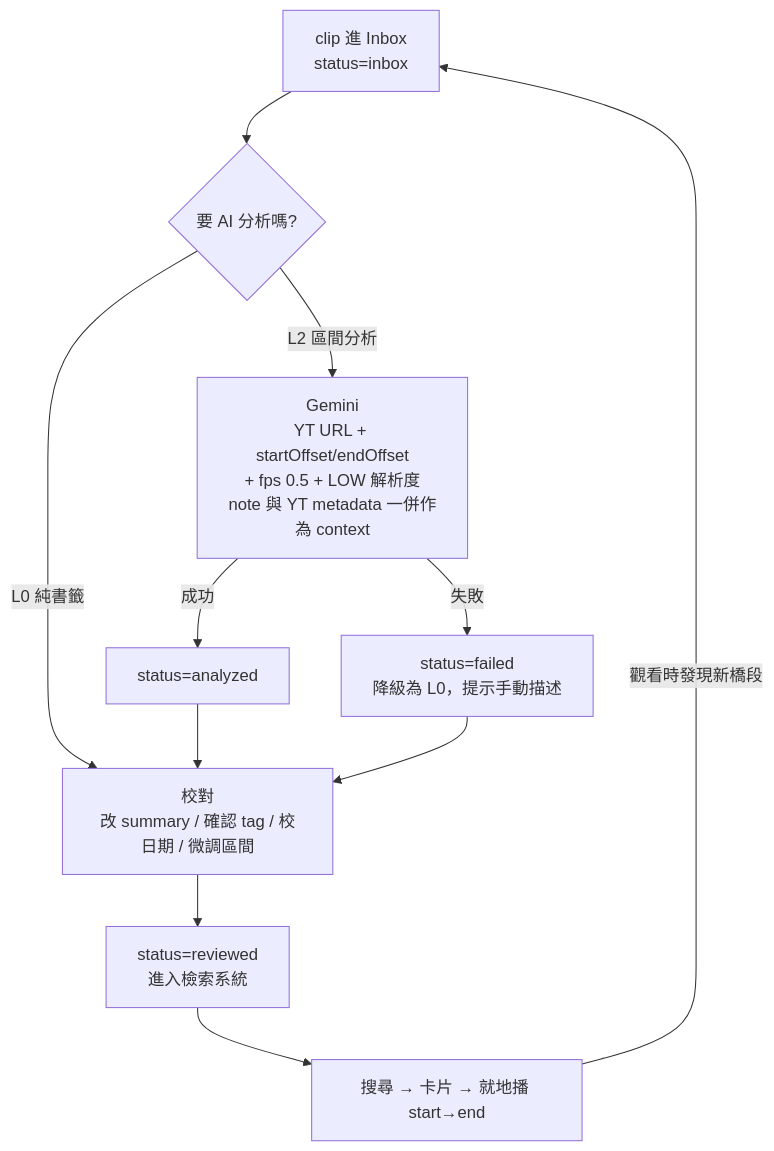
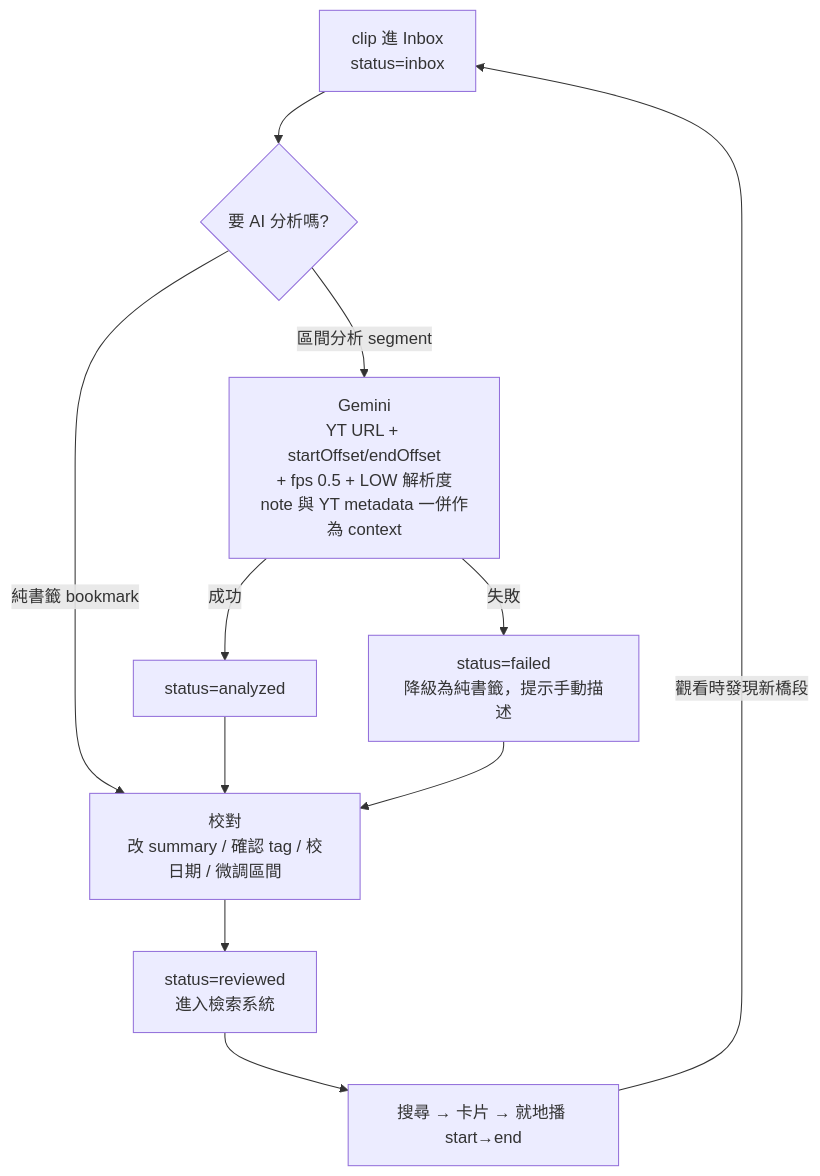
One commit to ScottChayaa/yt-space changed the third of 3 diagrams in docs/superpowers/specs/2026-08-07-yt-space-clip-design.md. Above: the diagram before and after it, drawn with Mermaid. The commit also changed other lines of this file and 4 other files, not shown here.

First line of the commit message:
refactor: 縮圖改存單格並釐清分析模式命名

````diff
--- a/docs/superpowers/specs/2026-08-07-yt-space-clip-design.md
+++ b/docs/superpowers/specs/2026-08-07-yt-space-clip-design.md
@@ -354,13 +355,13 @@
 ```mermaid
 flowchart TD
     IN["clip 進 Inbox<br/>status=inbox"] --> Q{要 AI 分析嗎?}
-    Q -->|"L0 純書籤"| REV
-    Q -->|"L2 區間分析"| G["Gemini<br/>YT URL + startOffset/endOffset<br/>+ fps 0.5 + LOW 解析度<br/>note 與 YT metadata 一併作為 context"]
+    Q -->|"純書籤 bookmark"| REV
+    Q -->|"區間分析 segment"| G["Gemini<br/>YT URL + startOffset/endOffset<br/>+ fps 0.5 + LOW 解析度<br/>note 與 YT metadata 一併作為 context"]
     G -->|成功| AN["status=analyzed"]
-    G -->|失敗| F["status=failed<br/>降級為 L0，提示手動描述"]
+    G -->|失敗| F["status=failed<br/>降級為純書籤，提示手動描述"]
     AN --> REV["校對<br/>改 summary / 確認 tag / 校日期 / 微調區間"]
     F --> REV
     REV --> R["status=reviewed<br/>進入檢索系統"]
     R --> SR["搜尋 → 卡片 → 就地播 start→end"]
     SR -->|"觀看時發現新橋段"| IN
 ```
````
